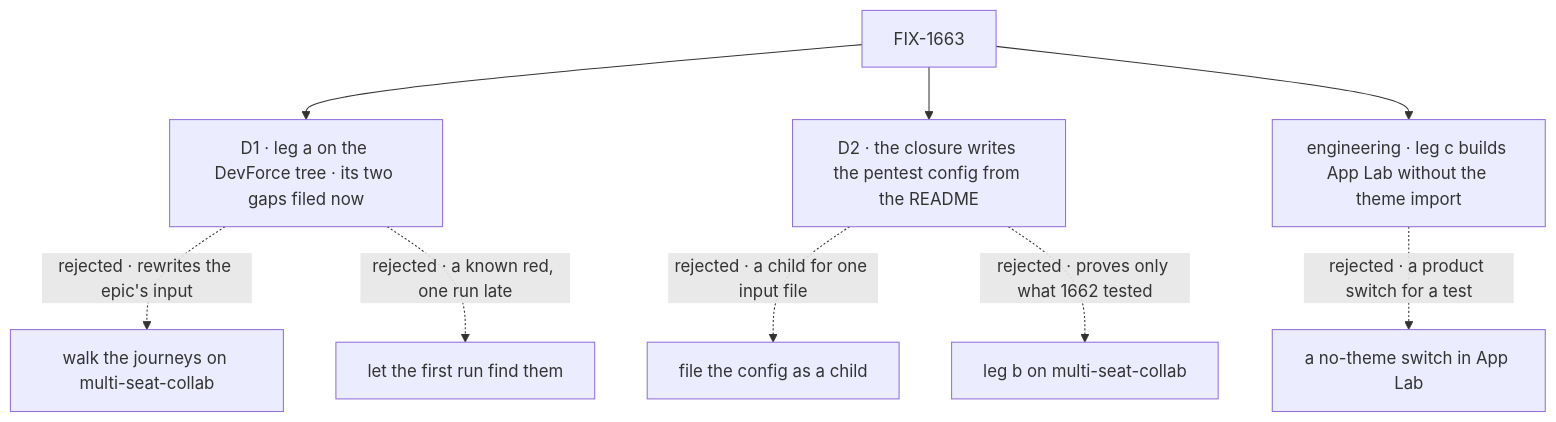
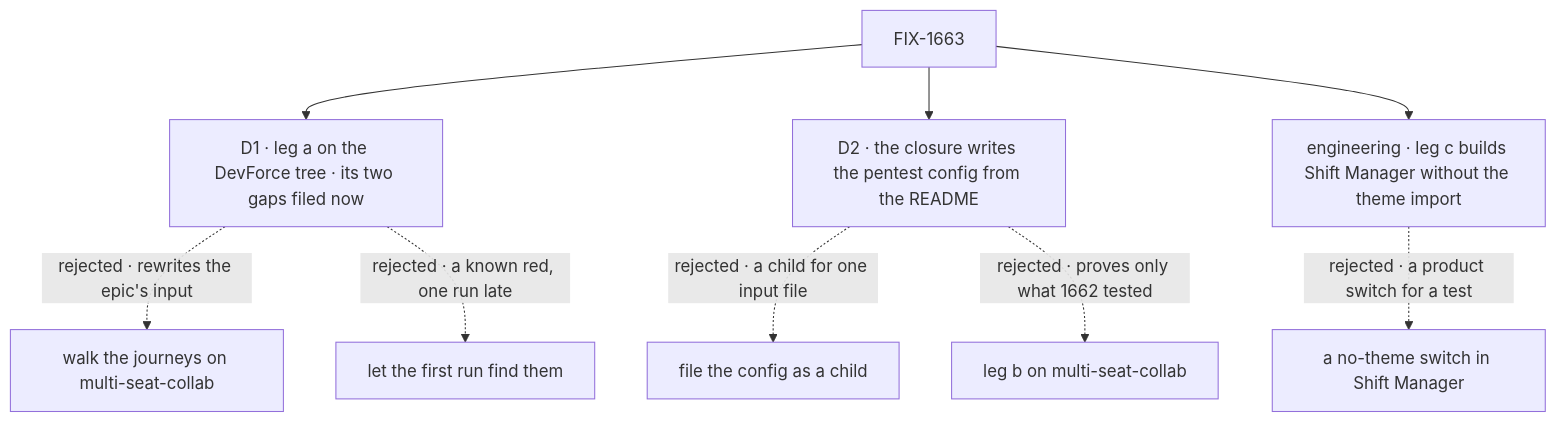
Before and after one commit to fixpoint-labs/flow-state-dev: the diagram in specs/issues/FIX-1663/DECISIONS.md, drawn with Mermaid. The commit also changed other lines of this file and 7 other files, not shown here.

First line of the commit message:
spec(FIX-1663): amend closure QA plan for Shift Manager and FIX-1690

````diff
--- a/specs/issues/FIX-1663/DECISIONS.md
+++ b/specs/issues/FIX-1663/DECISIONS.md
@@ -13,11 +13,11 @@
 ```mermaid
 flowchart TD
   I["FIX-1663"] --> D1["D1 · leg a on the DevForce tree · its two gaps filed now"]
   D1 -.->|"rejected · rewrites the epic's input"| X1a["walk the journeys on multi-seat-collab"]
   D1 -.->|"rejected · a known red, one run late"| X1b["let the first run find them"]
   I --> D2["D2 · the closure writes the pentest config from the README"]
   D2 -.->|"rejected · a child for one input file"| X2a["file the config as a child"]
   D2 -.->|"rejected · proves only what 1662 tested"| X2b["leg b on multi-seat-collab"]
-  I --> E1["engineering · leg c builds App Lab without the theme import"]
-  E1 -.->|"rejected · a product switch for a test"| X3["a no-theme switch in App Lab"]
+  I --> E1["engineering · leg c builds Shift Manager without the theme import"]
+  E1 -.->|"rejected · a product switch for a test"| X3["a no-theme switch in Shift Manager"]
 ```
````
